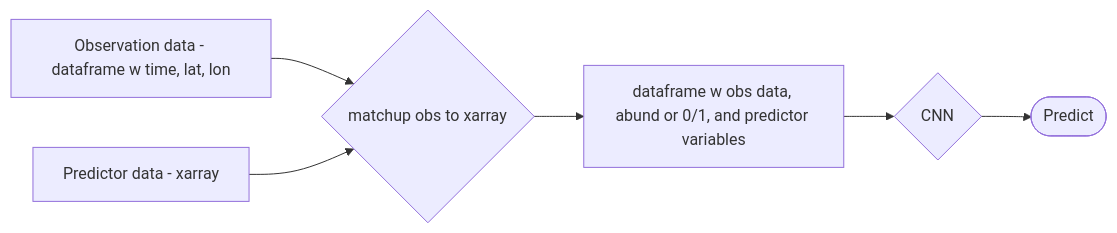
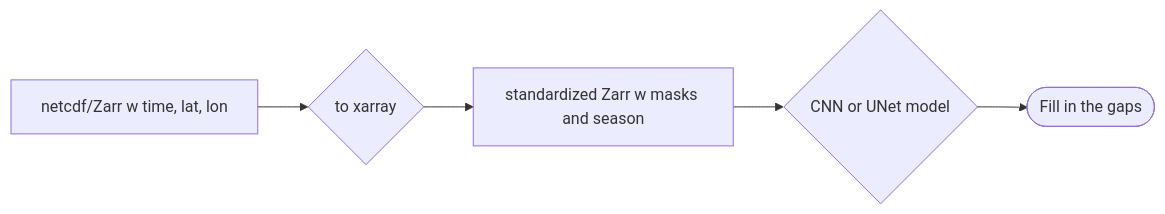
One commit to oceanhackweek/ohw25_proj_gap changed the diagram in README.md. Above: the diagram before and after it, drawn with Mermaid.

````diff
--- a/README.md
+++ b/README.md
@@ -7,8 +7,7 @@
 ```mermaid
 graph LR
-  A[Observation data - dataframe w time, lat, lon] --> G{matchup obs to xarray}
-  B[Predictor data - xarray] --> G
-  G --> C[dataframe w obs data, abund or 0/1, and predictor variables]
-  C --> D{CNN}
-  D --> E([Predict])
+  A[netcdf/Zarr w time, lat, lon] --> G{to xarray}
+  G --> C[standardized Zarr w masks and season]
+  C --> D{CNN or UNet model}
+  D --> E([Fill in the gaps])
 ```
````
